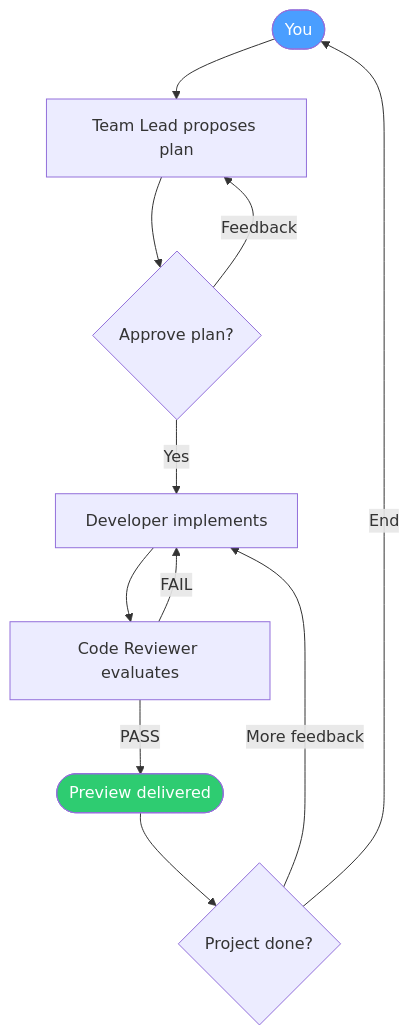
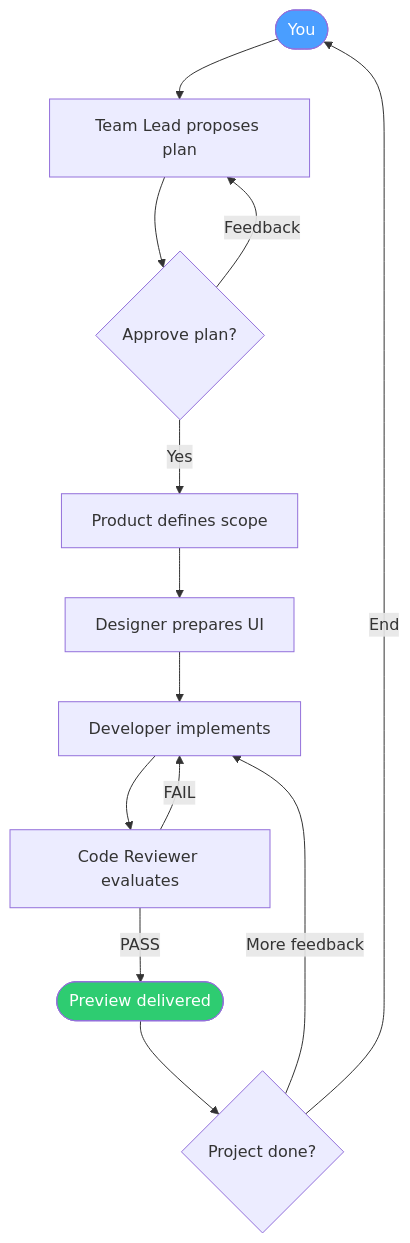
The diagram in team-workflow.md (cpp285/Piko), drawn with Mermaid before and after one commit. The commit also changed other lines of this file and 363 other files, not shown here.

````diff
--- a/team-workflow.md
+++ b/team-workflow.md
@@ -7,16 +9,18 @@
 ```mermaid
 flowchart TD
     A([You]) --> B[Team Lead proposes plan]
     B --> C{Approve plan?}
     C -- Feedback --> B
-    C -- Yes --> D[Developer implements]
+    C -- Yes --> P[Product defines scope]
+    P --> V[Designer prepares UI]
+    V --> D[Developer implements]
     D --> E[Code Reviewer evaluates]
     E -- FAIL --> D
     E -- PASS --> F([Preview delivered])
     F --> G{Project done?}
     G -- More feedback --> D
     G -- End --> A
 
     style A fill:#4a9eff,color:#fff
     style F fill:#2ecc71,color:#fff
 ```
````
